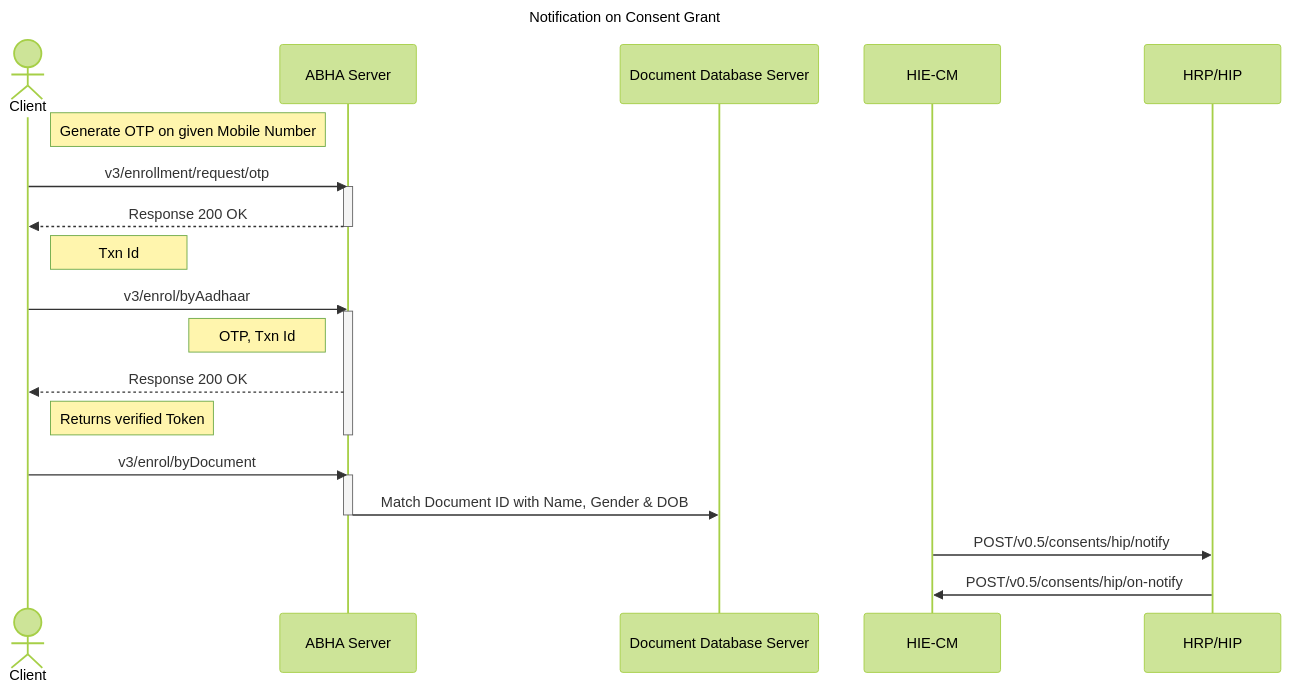
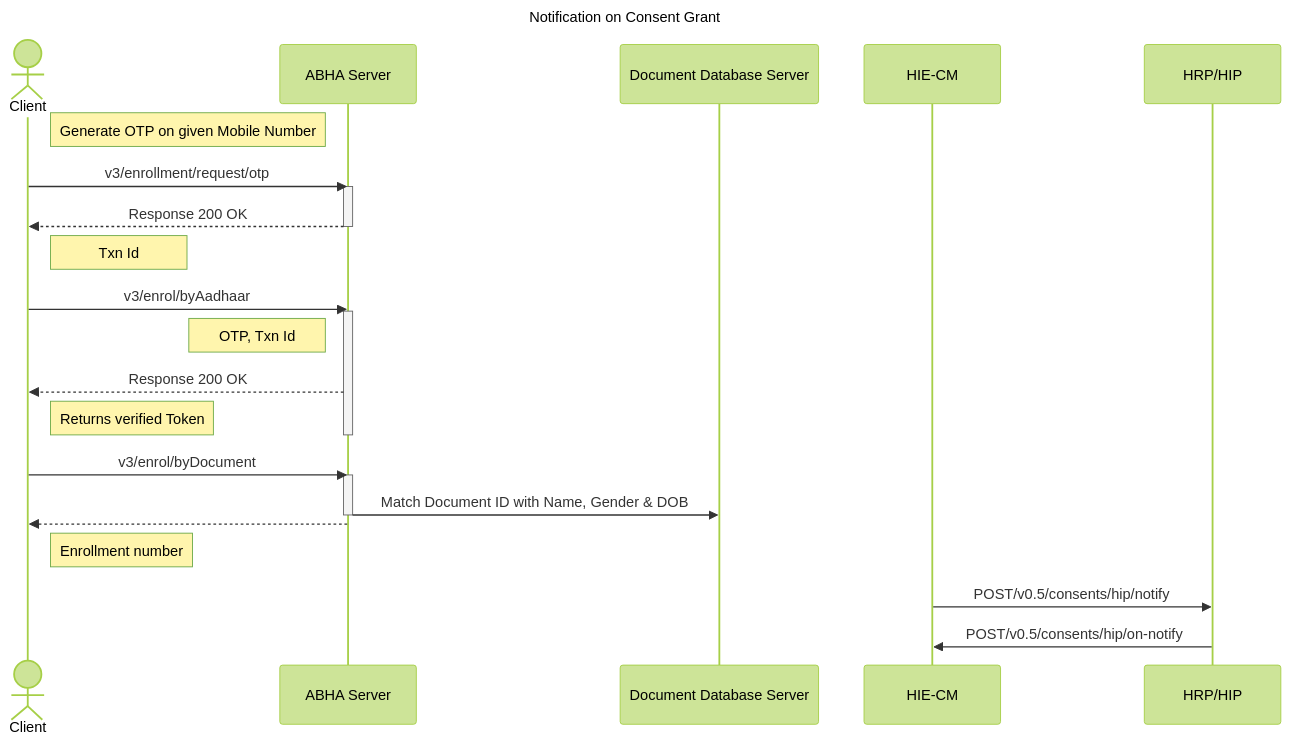
One commit to kiranma72/abdm-docs changed the diagram in content/2-milestone1/abha-number/TEST-driving-license.md. Above: the diagram before and after it, drawn with Mermaid (forest theme).

Commit message:
test driving licence commit 11 full code

```diff
--- a/content/2-milestone1/abha-number/TEST-driving-license.md
+++ b/content/2-milestone1/abha-number/TEST-driving-license.md
@@ -84,23 +84,25 @@
 {{< mermaid >}}
 sequenceDiagram
 title Notification on Consent Grant
 actor Client
 Note right of Client: Generate OTP on given Mobile Number
 Client->>ABHA Server:v3/enrollment/request/otp
 activate ABHA Server
 ABHA Server-->> Client: Response 200 OK
 deactivate ABHA Server
 Note right of Client: Txn Id
 Client->>ABHA Server:v3/enrol/byAadhaar
 activate ABHA Server
 Note left of ABHA Server: OTP, Txn Id
 ABHA Server-->> Client: Response 200 OK
 Note right of Client: Returns verified Token
 deactivate ABHA Server
 Client->>ABHA Server:v3/enrol/byDocument
 activate ABHA Server
 ABHA Server->> Document Database Server: Match Document ID with Name, Gender & DOB
 deactivate ABHA Server
+ABHA Server-->> Client: 
+Note right of Client: Enrollment number
 HIE-CM->>HRP/HIP: POST/v0.5/consents/hip/notify
 HRP/HIP->>HIE-CM: POST/v0.5/consents/hip/on-notify
 {{< /mermaid >}}
```
